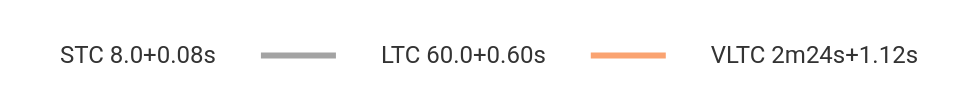
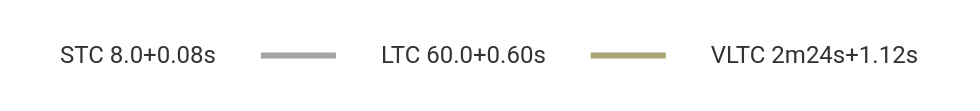
Before and after one commit to computer-chess-index/cci: the second of 3 diagrams in engines/Kreveta.md, drawn with Mermaid. The commit also changed other lines of this file, not shown here.

````diff
--- a/engines/Kreveta.md
+++ b/engines/Kreveta.md
@@ -53,11 +54,11 @@
 ```mermaid
 %%{init: {"theme":"base"}}%%
 flowchart LR
 A[STC 8.0+0.08s] --- B[LTC 60.0+0.60s]
 B --- C[VLTC 2m24s+1.12s]
 linkStyle 0 stroke:#a3a3a3,stroke-width:4px
-linkStyle 1 stroke:#faa371,stroke-width:4px
+linkStyle 1 stroke:#aaa371,stroke-width:4px
 style A fill:none,stroke:none
 style B fill:none,stroke:none
 style C fill:none,stroke:none
 ```
````
